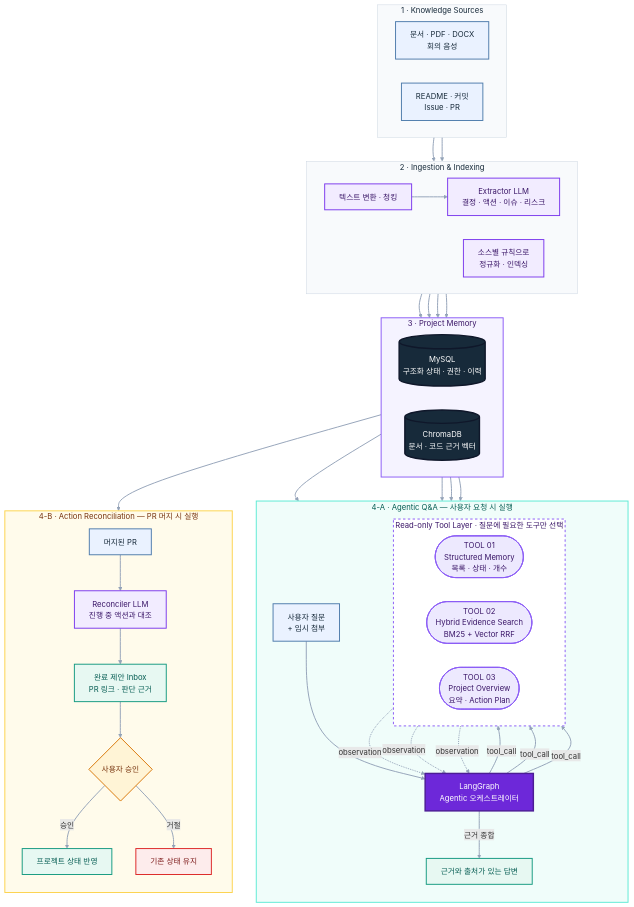
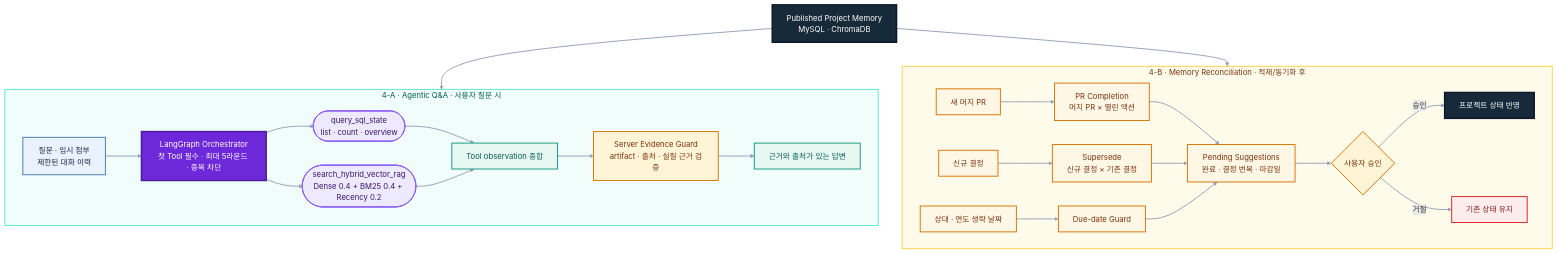
The third of 5 diagrams in README.md (SKNETWORKS-FAMILY-AICAMP/SKN30-4th-1Team), drawn with Mermaid before and after one commit. The commit also changed other lines of this file and 9 other files, not shown here.

Commit message:
docs: refresh README for hosted v1.0.7 architecture

````diff
--- a/README.md
+++ b/README.md
@@ -119,95 +211,67 @@
 ```mermaid
 flowchart TB
-    subgraph Inputs["1 · Knowledge Sources"]
+    MEMORY["Published Project Memory<br/>MySQL · ChromaDB"]
+
+    subgraph QA_FLOW["4-A · Agentic Q&A · 사용자 질문 시"]
         direction LR
-        INPUT["문서 · PDF · DOCX<br/>회의 음성"]
-        REPO["README · 커밋<br/>Issue · PR"]
+        REQUEST["질문 · 임시 첨부<br/>제한된 대화 이력"]
+        ORCHESTRATOR["LangGraph Orchestrator<br/>첫 Tool 필수 · 최대 5라운드 · 중복 차단"]
+        SQL_TOOL(["query_sql_state<br/>list · count · overview"])
+        RAG_TOOL(["search_hybrid_vector_rag<br/>Dense 0.4 + BM25 0.4 + Recency 0.2"])
+        SYNTHESIS["Tool observation 종합"]
+        EVIDENCE_GUARD["Server Evidence Guard<br/>artifact · 출처 · 실질 근거 검증"]
+        ANSWER["근거와 출처가 있는 답변"]
+
+        REQUEST --> ORCHESTRATOR
+        ORCHESTRATOR --> SQL_TOOL
+        ORCHESTRATOR --> RAG_TOOL
+        SQL_TOOL --> SYNTHESIS
+        RAG_TOOL --> SYNTHESIS
+        SYNTHESIS --> EVIDENCE_GUARD --> ANSWER
     end
 
-    subgraph Ingestion["2 · Ingestion & Indexing"]
+    subgraph RECONCILE_FLOW["4-B · Memory Reconciliation · 적재/동기화 후"]
         direction LR
-        CONVERT["텍스트 변환 · 청킹"]
-        EXTRACT["Extractor LLM<br/>결정 · 액션 · 이슈 · 리스크"]
-        INDEX["소스별 규칙으로<br/>정규화 · 인덱싱"]
+        PR_EVENT["새 머지 PR"] --> PR_MATCH["PR Completion<br/>머지 PR × 열린 액션"]
+        DECISION_EVENT["신규 결정"] --> SUPERSEDE["Supersede<br/>신규 결정 × 기존 결정"]
+        DATE_EVENT["상대 · 연도 생략 날짜"] --> DUE_DATE["Due-date Guard"]
+        PENDING["Pending Suggestions<br/>완료 · 결정 번복 · 마감일"]
+        REVIEW{"사용자 승인"}
+        APPLY["프로젝트 상태 반영"]
+        REJECT["기존 상태 유지"]
+
+        PR_MATCH --> PENDING
+        SUPERSEDE --> PENDING
+        DUE_DATE --> PENDING
+        PENDING --> REVIEW
+        REVIEW -->|"승인"| APPLY
+        REVIEW -->|"거절"| REJECT
     end
 
-    INPUT --> CONVERT --> EXTRACT
-    REPO --> INDEX
+    MEMORY --> QA_FLOW
+    MEMORY --> RECONCILE_FLOW
 
-    subgraph Storage["3 · Project Memory"]
-        direction LR
-        MYSQL[("MySQL<br/>구조화 상태 · 권한 · 이력")]
-        CHROMA[("ChromaDB<br/>문서 · 코드 근거 벡터")]
-    end
-
-    EXTRACT --> MYSQL & CHROMA
-    INDEX --> MYSQL & CHROMA
-
-    subgraph QAFlow["4-A · Agentic Q&A — 사용자 요청 시 실행"]
-        direction TB
-        QUESTION["사용자 질문<br/>+ 임시 첨부"]
-        AGENT["LangGraph<br/>Agentic 오케스트레이터"]
-        ANSWER["근거와 출처가 있는 답변"]
-
-        subgraph ToolLayer["Read-only Tool Layer · 질문에 필요한 도구만 선택"]
-            direction LR
-            SQL_TOOL(["TOOL 01<br/>Structured Memory<br/>목록 · 상태 · 개수"])
-            SEARCH_TOOL(["TOOL 02<br/>Hybrid Evidence Search<br/>BM25 + Vector RRF"])
-            OVERVIEW_TOOL(["TOOL 03<br/>Project Overview<br/>요약 · Action Plan"])
-        end
-
-        QUESTION --> AGENT
-        AGENT -->|"tool_call"| SQL_TOOL
-        AGENT -->|"tool_call"| SEARCH_TOOL
-        AGENT -->|"tool_call"| OVERVIEW_TOOL
-        SQL_TOOL -. "observation" .-> AGENT
-        SEARCH_TOOL -. "observation" .-> AGENT
-        OVERVIEW_TOOL -. "observation" .-> AGENT
-        AGENT -->|"근거 종합"| ANSWER
-    end
-
-    MYSQL --> SQL_TOOL & SEARCH_TOOL & OVERVIEW_TOOL
-    CHROMA --> SEARCH_TOOL
-
-    subgraph ReconcileFlow["4-B · Action Reconciliation — PR 머지 시 실행"]
-        direction TB
-        MERGED["머지된 PR"]
-        RECONCILER["Reconciler LLM<br/>진행 중 액션과 대조"]
-        INBOX["완료 제안 Inbox<br/>PR 링크 · 판단 근거"]
-        APPROVAL{"사용자 승인"}
-        APPLY["프로젝트 상태 반영"]
-        KEEP["기존 상태 유지"]
-
-        MERGED --> RECONCILER --> INBOX --> APPROVAL
-        APPROVAL -->|승인| APPLY
-        APPROVAL -->|거절| KEEP
-    end
-
-    MYSQL --> RECONCILER
-
-    classDef input fill:#EAF2FF,stroke:#4F7CAC,color:#172A3A,stroke-width:2px
-    classDef transform fill:#F2ECFF,stroke:#7C3AED,color:#3B1768,stroke-width:2px
     classDef datastore fill:#172A3A,stroke:#0F172A,color:#FFFFFF,stroke-width:3px
+    classDef source fill:#EAF2FF,stroke:#4F7CAC,color:#172A3A,stroke-width:2px
     classDef agent fill:#6D28D9,stroke:#4C1D95,color:#FFFFFF,stroke-width:3px
     classDef tool fill:#EDE9FE,stroke:#8B5CF6,color:#3B1768,stroke-width:2px
-    classDef success fill:#E7F8F2,stroke:#159A80,color:#075E54,stroke-width:2px
-    classDef approval fill:#FFF4D6,stroke:#D97706,color:#78350F,stroke-width:2px
+    classDef evidence fill:#E7F8F2,stroke:#159A80,color:#075E54,stroke-width:2px
+    classDef guard fill:#FFF4D6,stroke:#D97706,color:#78350F,stroke-width:2px
+    classDef suggestion fill:#FFF7E6,stroke:#D97706,color:#78350F,stroke-width:2px
+    classDef result fill:#172A3A,stroke:#0F172A,color:#FFFFFF,stroke-width:3px
     classDef reject fill:#FDECEC,stroke:#DC2626,color:#7F1D1D,stroke-width:2px
 
-    class INPUT,REPO,QUESTION,MERGED input
-    class CONVERT,EXTRACT,INDEX,RECONCILER transform
-    class MYSQL,CHROMA datastore
-    class AGENT agent
-    class SQL_TOOL,SEARCH_TOOL,OVERVIEW_TOOL tool
-    class ANSWER,INBOX,APPLY success
-    class APPROVAL approval
-    class KEEP reject
+    class MEMORY datastore
+    class REQUEST source
+    class ORCHESTRATOR agent
+    class SQL_TOOL,RAG_TOOL tool
+    class SYNTHESIS,ANSWER evidence
+    class EVIDENCE_GUARD,REVIEW guard
+    class PR_EVENT,DECISION_EVENT,DATE_EVENT,PR_MATCH,SUPERSEDE,DUE_DATE,PENDING suggestion
+    class APPLY result
+    class REJECT reject
 
-    style Inputs fill:#F8FAFC,stroke:#CBD5E1,color:#172A3A,stroke-width:1px
-    style Ingestion fill:#F8FAFC,stroke:#CBD5E1,color:#172A3A,stroke-width:1px
-    style Storage fill:#F5F3FF,stroke:#8B5CF6,color:#3B1768,stroke-width:2px
-    style QAFlow fill:#F0FDFA,stroke:#5EEAD4,color:#075E54,stroke-width:2px
-    style ToolLayer fill:#FFFFFF,stroke:#8B5CF6,color:#3B1768,stroke-width:2px,stroke-dasharray:5 5
-    style ReconcileFlow fill:#FFFBEB,stroke:#FCD34D,color:#78350F,stroke-width:2px
+    style QA_FLOW fill:#F0FDFA,stroke:#5EEAD4,color:#075E54,stroke-width:2px
+    style RECONCILE_FLOW fill:#FFFBEB,stroke:#FCD34D,color:#78350F,stroke-width:2px
     linkStyle default stroke:#94A3B8,stroke-width:2px
 ```
````
